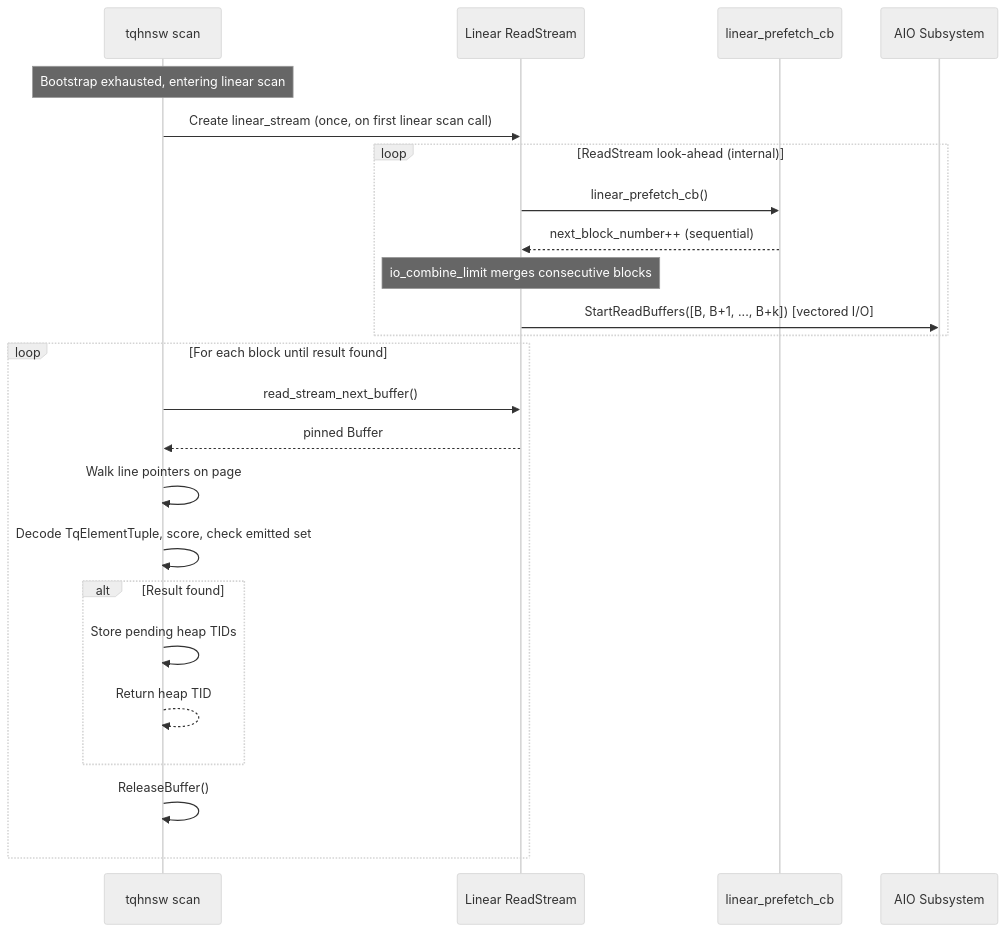
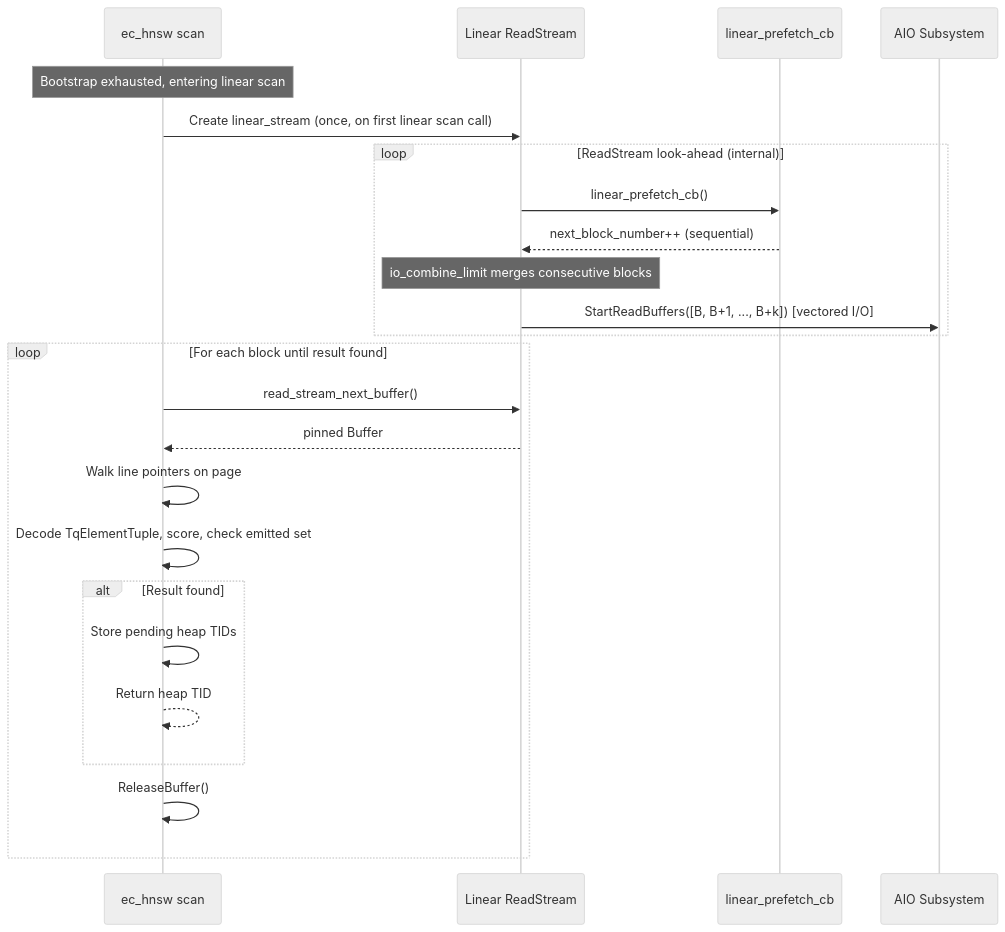
One commit to agent-ix/ecaz changed the second of 2 diagrams in spec/functional/FR-019-async-io-read-stream.md. Above: the diagram before and after it, drawn with Mermaid (neutral theme). The commit also changed other lines of this file and 107 other files, not shown here.

````diff
--- a/spec/functional/FR-019-async-io-read-stream.md
+++ b/spec/functional/FR-019-async-io-read-stream.md
@@ -135,31 +135,31 @@
 ```mermaid
 sequenceDiagram
-    participant Scan as tqhnsw scan
+    participant Scan as ec_hnsw scan
     participant LS as Linear ReadStream
     participant CB as linear_prefetch_cb
     participant AIO as AIO Subsystem
 
     Note over Scan: Bootstrap exhausted, entering linear scan
 
     Scan->>LS: Create linear_stream (once, on first linear scan call)
 
     loop ReadStream look-ahead (internal)
         LS->>CB: linear_prefetch_cb()
         CB-->>LS: next_block_number++ (sequential)
         Note over LS: io_combine_limit merges consecutive blocks
         LS->>AIO: StartReadBuffers([B, B+1, ..., B+k]) [vectored I/O]
     end
 
     loop For each block until result found
         Scan->>LS: read_stream_next_buffer()
         LS-->>Scan: pinned Buffer
 
         Scan->>Scan: Walk line pointers on page
         Scan->>Scan: Decode TqElementTuple, score, check emitted set
         alt Result found
             Scan->>Scan: Store pending heap TIDs
             Scan-->>Scan: Return heap TID
         end
         Scan->>Scan: ReleaseBuffer()
     end
 ```
````
